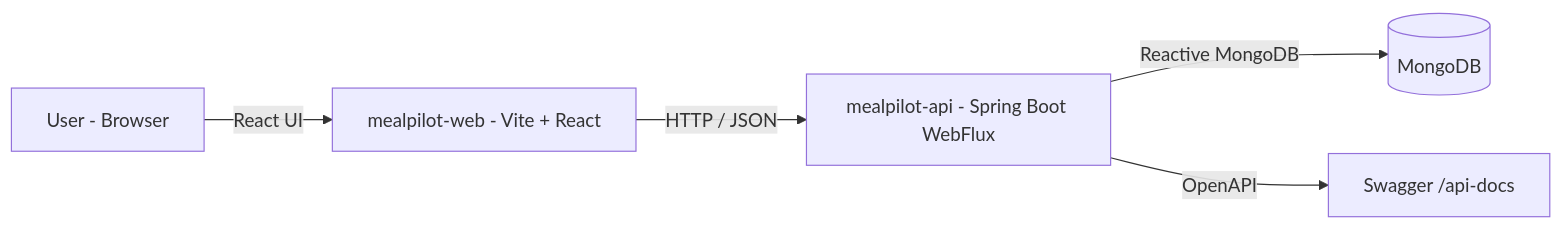
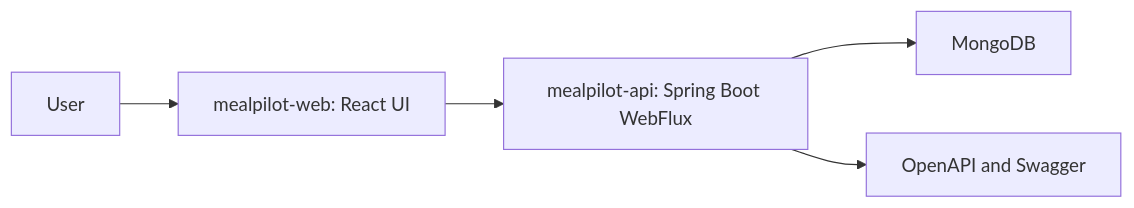
The first of 2 diagrams in README.md (Anurag-NIE/MealPilot), drawn with Mermaid before and after one commit. The commit also changed other lines of this file, not shown here.

Commit message:
Simplify Mermaid diagrams for GitHub rendering

````diff
--- a/README.md
+++ b/README.md
@@ -62,7 +62,7 @@
 ```mermaid
 flowchart LR
-  U[User - Browser] -->|React UI| W[mealpilot-web - Vite + React]
-  W -->|HTTP / JSON| A[mealpilot-api - Spring Boot WebFlux]
-  A -->|Reactive MongoDB| M[(MongoDB)]
-  A -->|OpenAPI| S[Swagger /api-docs]
+  User[User] --> Web[mealpilot-web: React UI]
+  Web --> Api[mealpilot-api: Spring Boot WebFlux]
+  Api --> Db[MongoDB]
+  Api --> Docs[OpenAPI and Swagger]
 ```
````
